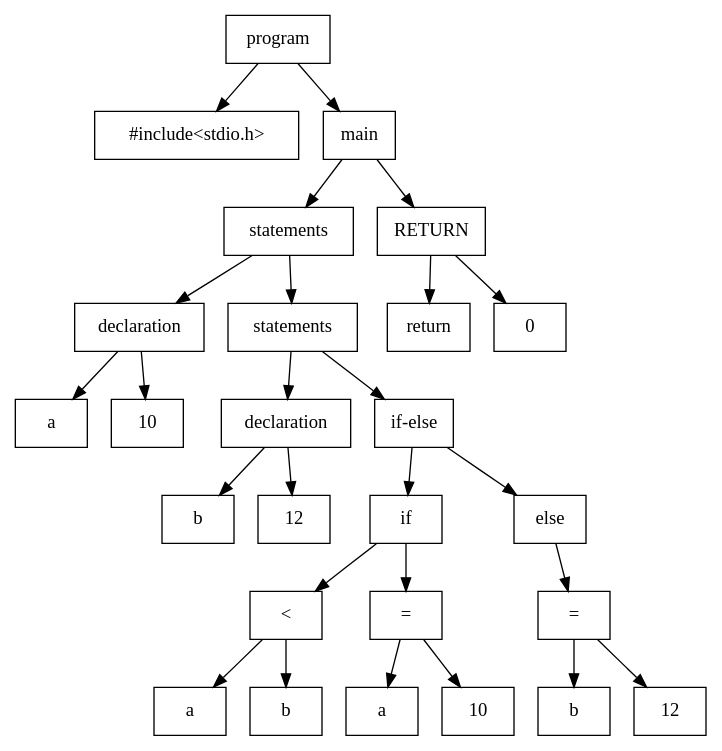
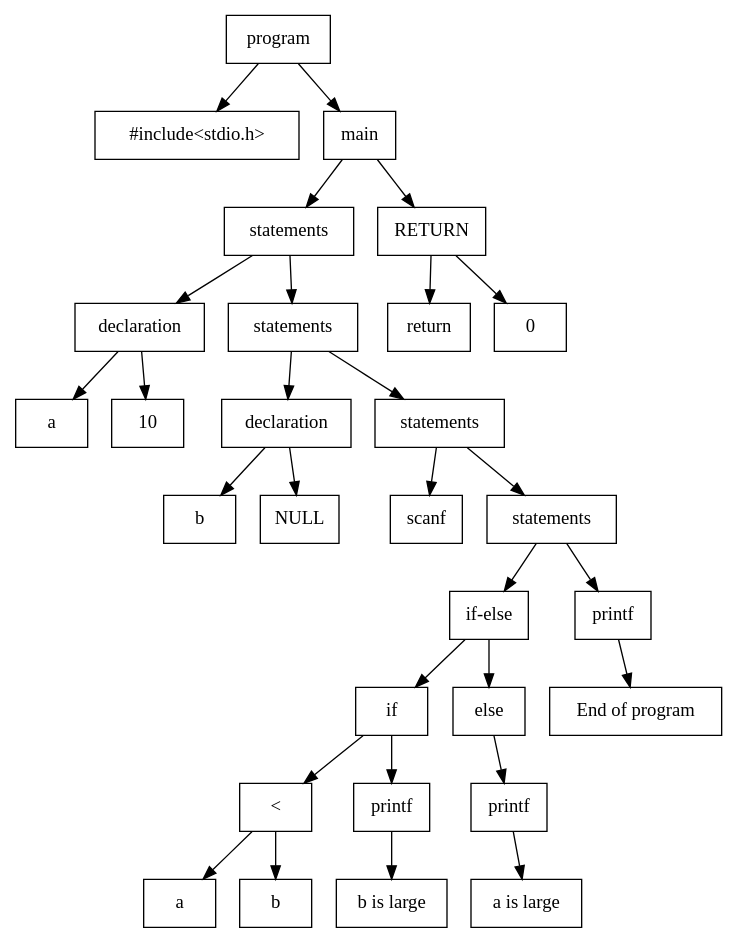
Before and after one commit to amansinghrp/C-Compiler-Insight: the diagram in src/parse_tree.dot, drawn with Graphviz. The commit also changed 11 other files, not shown here.

```diff
--- a/src/parse_tree.dot
+++ b/src/parse_tree.dot
@@ -1,54 +1,60 @@
 digraph ParseTree {
   node [shape=box];
-  "0x6127c8023f10" [label="program"];
-  "0x6127c8023f10" -> "0x6127c8023570";
-  "0x6127c8023570" [label="#include<stdio.h>"];
-  "0x6127c8023f10" -> "0x6127c8023ed0";
-  "0x6127c8023ed0" [label="main"];
-  "0x6127c8023ed0" -> "0x6127c8023d10";
-  "0x6127c8023d10" [label="statements"];
-  "0x6127c8023d10" -> "0x6127c8023750";
-  "0x6127c8023750" [label="declaration"];
-  "0x6127c8023750" -> "0x6127c8023710";
-  "0x6127c8023710" [label="a"];
-  "0x6127c8023750" -> "0x6127c80236d0";
-  "0x6127c80236d0" [label="10"];
-  "0x6127c8023d10" -> "0x6127c8023cd0";
-  "0x6127c8023cd0" [label="statements"];
-  "0x6127c8023cd0" -> "0x6127c80238d0";
-  "0x6127c80238d0" [label="declaration"];
-  "0x6127c80238d0" -> "0x6127c8023890";
-  "0x6127c8023890" [label="b"];
-  "0x6127c80238d0" -> "0x6127c8023850";
-  "0x6127c8023850" [label="12"];
-  "0x6127c8023cd0" -> "0x6127c8023c90";
-  "0x6127c8023c90" [label="if-else"];
-  "0x6127c8023c90" -> "0x6127c8023c50";
-  "0x6127c8023c50" [label="if"];
-  "0x6127c8023c50" -> "0x6127c80239f0";
-  "0x6127c80239f0" [label="<"];
-  "0x6127c80239f0" -> "0x6127c8023970";
-  "0x6127c8023970" [label="a"];
-  "0x6127c80239f0" -> "0x6127c80239b0";
-  "0x6127c80239b0" [label="b"];
-  "0x6127c8023c50" -> "0x6127c8023ab0";
-  "0x6127c8023ab0" [label="="];
-  "0x6127c8023ab0" -> "0x6127c8023a70";
-  "0x6127c8023a70" [label="a"];
-  "0x6127c8023ab0" -> "0x6127c8023a30";
-  "0x6127c8023a30" [label="10"];
-  "0x6127c8023c90" -> "0x6127c8023c10";
-  "0x6127c8023c10" [label="else"];
-  "0x6127c8023c10" -> "0x6127c8023bd0";
-  "0x6127c8023bd0" [label="="];
-  "0x6127c8023bd0" -> "0x6127c8023b90";
-  "0x6127c8023b90" [label="b"];
-  "0x6127c8023bd0" -> "0x6127c8023b50";
-  "0x6127c8023b50" [label="12"];
-  "0x6127c8023ed0" -> "0x6127c8023e90";
-  "0x6127c8023e90" [label="RETURN"];
-  "0x6127c8023e90" -> "0x6127c8023e50";
-  "0x6127c8023e50" [label="return"];
-  "0x6127c8023e90" -> "0x6127c8023e10";
-  "0x6127c8023e10" [label="0"];
+  "0x62eefef72030" [label="program"];
+  "0x62eefef72030" -> "0x62eefef71570";
+  "0x62eefef71570" [label="#include<stdio.h>"];
+  "0x62eefef72030" -> "0x62eefef71ff0";
+  "0x62eefef71ff0" [label="main"];
+  "0x62eefef71ff0" -> "0x62eefef71e30";
+  "0x62eefef71e30" [label="statements"];
+  "0x62eefef71e30" -> "0x62eefef71750";
+  "0x62eefef71750" [label="declaration"];
+  "0x62eefef71750" -> "0x62eefef71710";
+  "0x62eefef71710" [label="a"];
+  "0x62eefef71750" -> "0x62eefef716d0";
+  "0x62eefef716d0" [label="10"];
+  "0x62eefef71e30" -> "0x62eefef71df0";
+  "0x62eefef71df0" [label="statements"];
+  "0x62eefef71df0" -> "0x62eefef71870";
+  "0x62eefef71870" [label="declaration"];
+  "0x62eefef71870" -> "0x62eefef71830";
+  "0x62eefef71830" [label="b"];
+  "0x62eefef71870" -> "0x62eefef717f0";
+  "0x62eefef717f0" [label="NULL"];
+  "0x62eefef71df0" -> "0x62eefef71db0";
+  "0x62eefef71db0" [label="statements"];
+  "0x62eefef71db0" -> "0x62eefef71910";
+  "0x62eefef71910" [label="scanf"];
+  "0x62eefef71db0" -> "0x62eefef71d70";
+  "0x62eefef71d70" [label="statements"];
+  "0x62eefef71d70" -> "0x62eefef71cb0";
+  "0x62eefef71cb0" [label="if-else"];
+  "0x62eefef71cb0" -> "0x62eefef71c70";
+  "0x62eefef71c70" [label="if"];
+  "0x62eefef71c70" -> "0x62eefef71a30";
+  "0x62eefef71a30" [label="<"];
+  "0x62eefef71a30" -> "0x62eefef719b0";
+  "0x62eefef719b0" [label="a"];
+  "0x62eefef71a30" -> "0x62eefef719f0";
+  "0x62eefef719f0" [label="b"];
+  "0x62eefef71c70" -> "0x62eefef71b10";
+  "0x62eefef71b10" [label="printf"];
+  "0x62eefef71b10" -> "0x62eefef71ad0";
+  "0x62eefef71ad0" [label="b is large"];
+  "0x62eefef71cb0" -> "0x62eefef71c30";
+  "0x62eefef71c30" [label="else"];
+  "0x62eefef71c30" -> "0x62eefef71bf0";
+  "0x62eefef71bf0" [label="printf"];
+  "0x62eefef71bf0" -> "0x62eefef71bb0";
+  "0x62eefef71bb0" [label="a is large"];
+  "0x62eefef71d70" -> "0x62eefef71d30";
+  "0x62eefef71d30" [label="printf"];
+  "0x62eefef71d30" -> "0x62eefef71cf0";
+  "0x62eefef71cf0" [label="End of program"];
+  "0x62eefef71ff0" -> "0x62eefef71fb0";
+  "0x62eefef71fb0" [label="RETURN"];
+  "0x62eefef71fb0" -> "0x62eefef71f70";
+  "0x62eefef71f70" [label="return"];
+  "0x62eefef71fb0" -> "0x62eefef71f30";
+  "0x62eefef71f30" [label="0"];
 }
```
